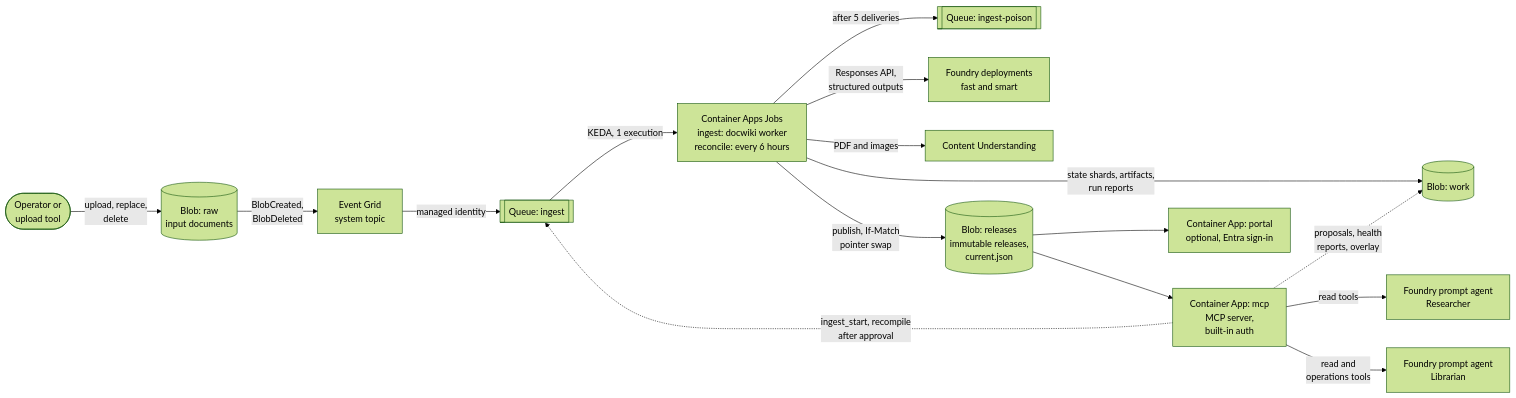
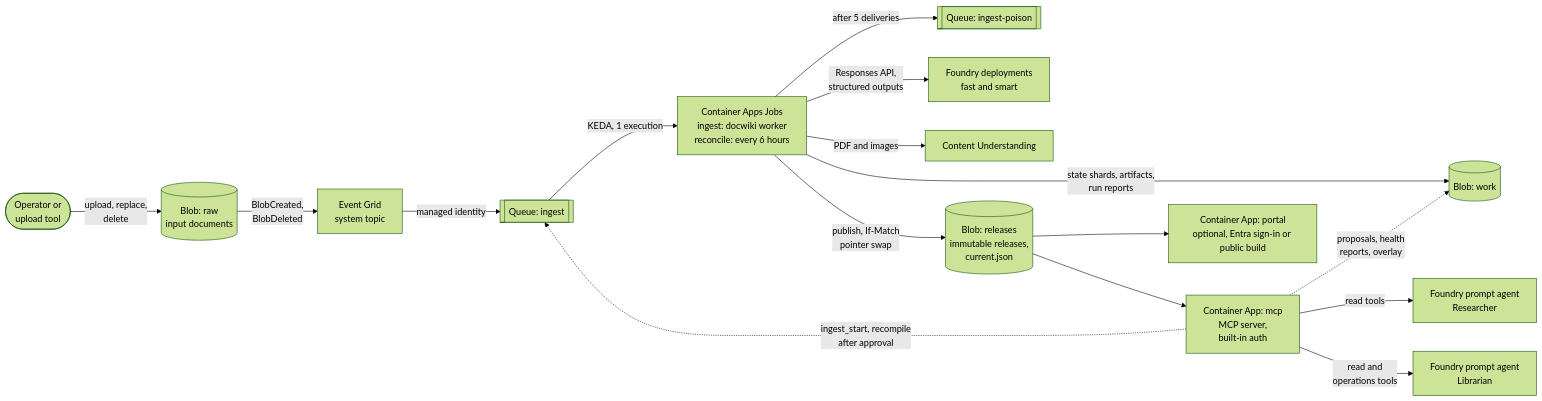
Before and after one commit to ozgurkarahan/docwiki: the first of 5 diagrams in docs/architecture.md, drawn with Mermaid (forest theme). The commit also changed 13 other files, not shown here.

First line of the commit message:
Portal without sign-in for public-audience builds; CLI and CI fixes

````diff
--- a/docs/architecture.md
+++ b/docs/architecture.md
@@ -19,18 +19,18 @@
 ```mermaid
 flowchart LR
   operator(["Operator or<br/>upload tool"]) -->|"upload, replace,<br/>delete"| raw[("Blob: raw<br/>input documents")]
   raw -->|"BlobCreated,<br/>BlobDeleted"| eg["Event Grid<br/>system topic"]
   eg -->|"managed identity"| queue[["Queue: ingest"]]
   queue -->|"KEDA, 1 execution"| jobs["Container Apps Jobs<br/>ingest: docwiki worker<br/>reconcile: every 6 hours"]
   jobs -->|"after 5 deliveries"| poison[["Queue: ingest-poison"]]
   jobs -->|"state shards, artifacts,<br/>run reports"| work[("Blob: work")]
   jobs -->|"Responses API,<br/>structured outputs"| models["Foundry deployments<br/>fast and smart"]
   jobs -->|"PDF and images"| cu["Content Understanding"]
   jobs -->|"publish, If-Match<br/>pointer swap"| releases[("Blob: releases<br/>immutable releases,<br/>current.json")]
   releases --> mcp["Container App: mcp<br/>MCP server,<br/>built-in auth"]
-  releases --> portal["Container App: portal<br/>optional, Entra sign-in"]
+  releases --> portal["Container App: portal<br/>optional, Entra sign-in or public build"]
   mcp -->|"read tools"| researcher["Foundry prompt agent<br/>Researcher"]
   mcp -->|"read and<br/>operations tools"| librarian["Foundry prompt agent<br/>Librarian"]
   mcp -.->|"ingest_start, recompile<br/>after approval"| queue
   mcp -.->|"proposals, health<br/>reports, overlay"| work
 ```
````
